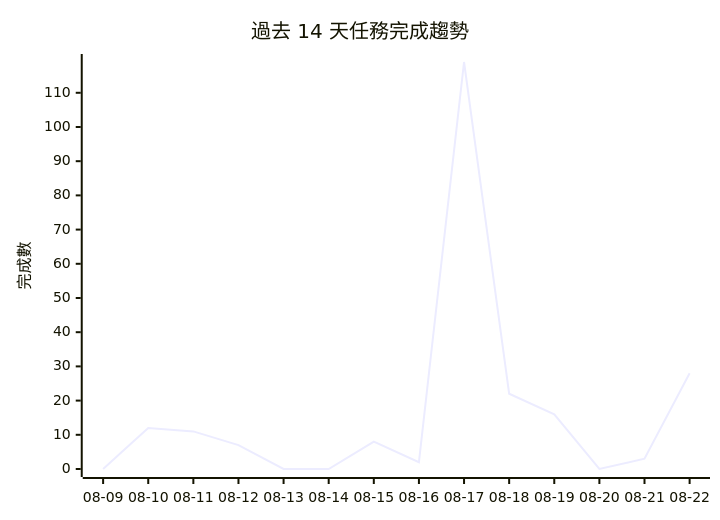
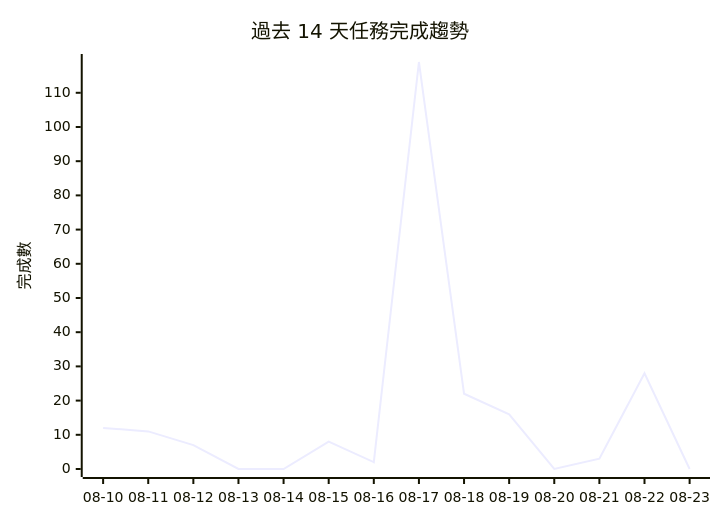
The diagram in PROJECTS.md (gentoobreaking/ai-tasks), drawn with Mermaid before and after one commit. The commit also changed other lines of this file and 63 other files, not shown here.

````diff
--- a/PROJECTS.md
+++ b/PROJECTS.md
@@ -112,7 +112,7 @@
 ```mermaid
 xychart-beta
     title "過去 14 天任務完成趨勢"
-    x-axis ["08-09", "08-10", "08-11", "08-12", "08-13", "08-14", "08-15", "08-16", "08-17", "08-18", "08-19", "08-20", "08-21", "08-22"]
+    x-axis ["08-10", "08-11", "08-12", "08-13", "08-14", "08-15", "08-16", "08-17", "08-18", "08-19", "08-20", "08-21", "08-22", "08-23"]
     y-axis "完成數" 0 --> 119
-    line [0, 12, 11, 7, 0, 0, 8, 2, 119, 22, 16, 0, 3, 28]
+    line [12, 11, 7, 0, 0, 8, 2, 119, 22, 16, 0, 3, 28, 0]
 ```
````
